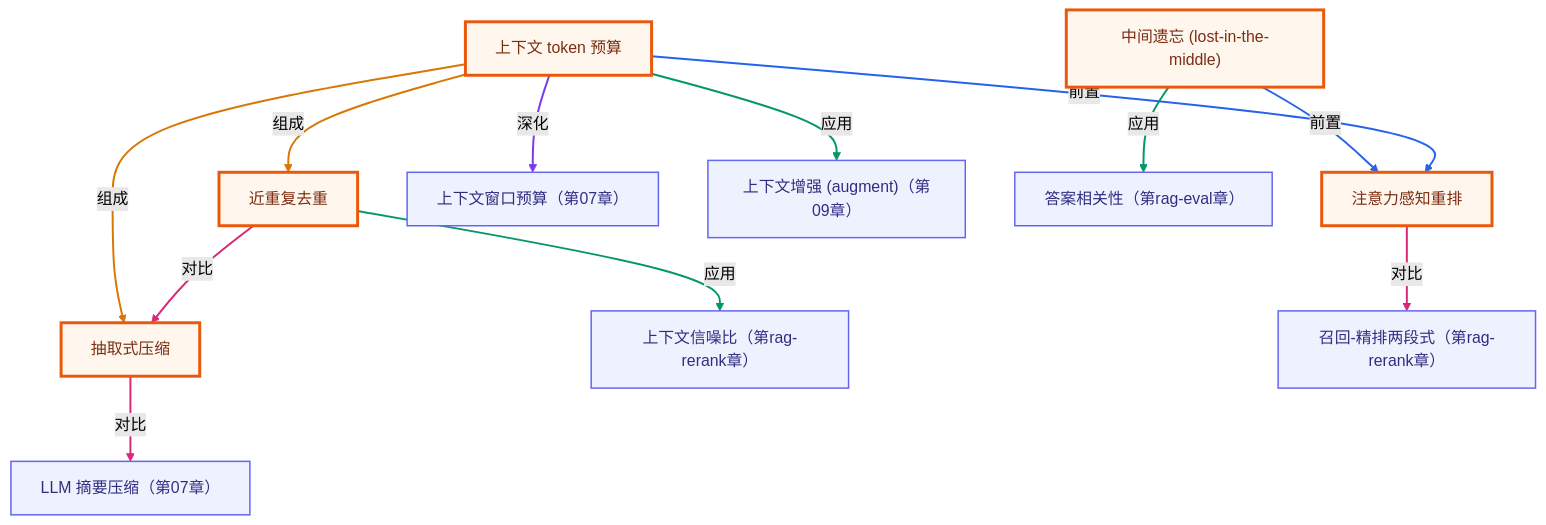
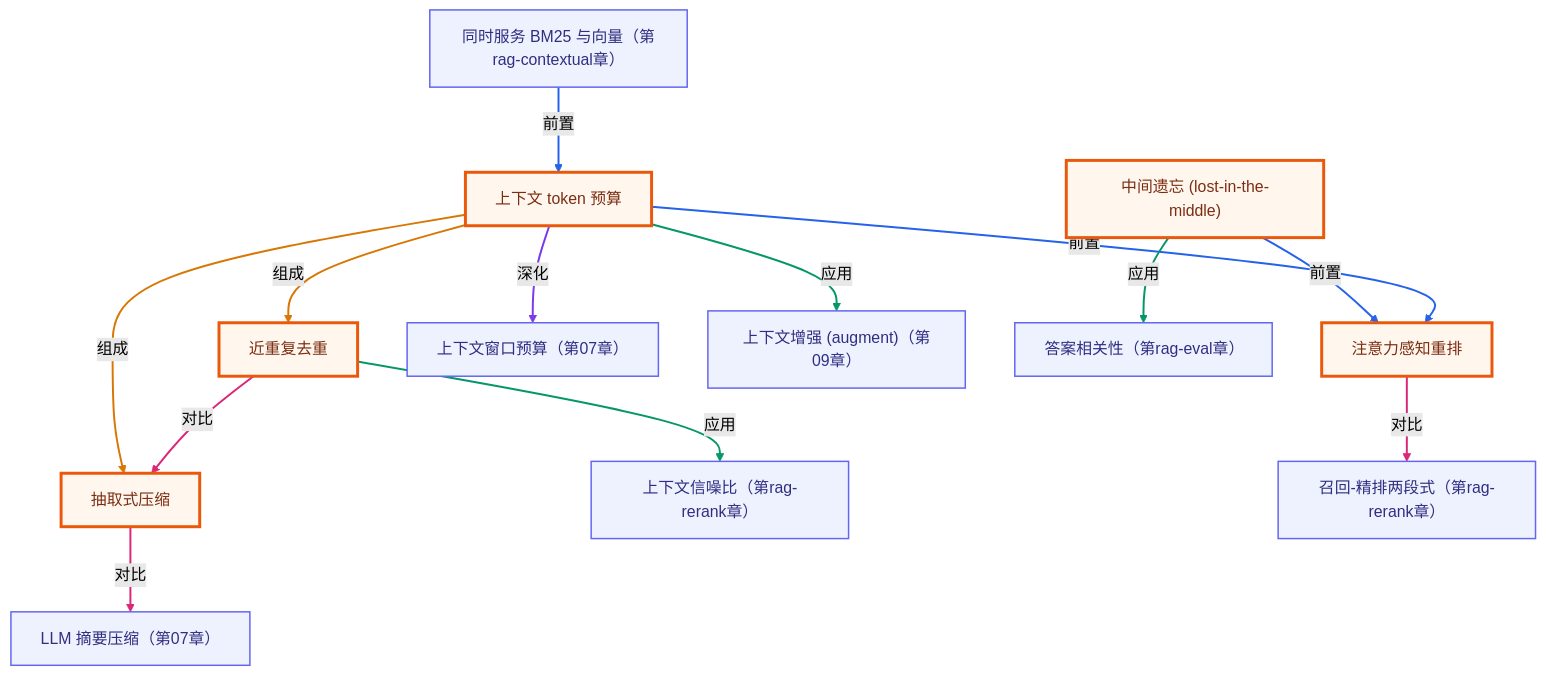
One commit to songuu/agent changed the second of 2 diagrams in rag-advanced/11-context-engineering/README.md. Above: the diagram before and after it, drawn with Mermaid (forest theme). The commit also changed other lines of this file and 58 other files, not shown here.

````diff
--- a/rag-advanced/11-context-engineering/README.md
+++ b/rag-advanced/11-context-engineering/README.md
@@ -172,40 +172,43 @@
 ```mermaid
 graph TB
   classDef own fill:#fff7ed,stroke:#ea580c,stroke-width:3px,color:#7c2d12;
   classDef cross fill:#eef2ff,stroke:#6366f1,stroke-width:1.5px,color:#312e81;
   n_cragctx_context_budget["上下文 token 预算"]
   n_cragctx_dedup["近重复去重"]
   n_cragctx_compression["抽取式压缩"]
   n_cragctx_lost_in_middle["中间遗忘 (lost-in-the-middle)"]
   n_cragctx_reorder["注意力感知重排"]
+  n_cragcontextual_hybrid_friendly["同时服务 BM25 与向量（第rag-contextual章）"]
   n_c07_context_window_budget["上下文窗口预算（第07章）"]
   n_c09_augment_prompt["上下文增强 (augment)（第09章）"]
   n_cragrerank_signal_to_noise["上下文信噪比（第rag-rerank章）"]
   n_cragrerank_recall_precision["召回-精排两段式（第rag-rerank章）"]
   n_c07_llm_summary_compression["LLM 摘要压缩（第07章）"]
   n_crageval_answer_relevance["答案相关性（第rag-eval章）"]
+  n_cragcontextual_hybrid_friendly -->|前置| n_cragctx_context_budget
   n_cragctx_lost_in_middle -->|前置| n_cragctx_reorder
   n_cragctx_context_budget -->|组成| n_cragctx_dedup
   n_cragctx_context_budget -->|组成| n_cragctx_compression
   n_cragctx_dedup -->|对比| n_cragctx_compression
   n_cragctx_context_budget -->|前置| n_cragctx_reorder
   n_cragctx_context_budget -->|深化| n_c07_context_window_budget
   n_cragctx_context_budget -->|应用| n_c09_augment_prompt
   n_cragctx_dedup -->|应用| n_cragrerank_signal_to_noise
   n_cragctx_reorder -->|对比| n_cragrerank_recall_precision
   n_cragctx_compression -->|对比| n_c07_llm_summary_compression
   n_cragctx_lost_in_middle -->|应用| n_crageval_answer_relevance
   class n_cragctx_context_budget,n_cragctx_dedup,n_cragctx_compression,n_cragctx_lost_in_middle,n_cragctx_reorder own;
-  class n_c07_context_window_budget,n_c09_augment_prompt,n_cragrerank_signal_to_noise,n_cragrerank_recall_precision,n_c07_llm_summary_compression,n_crageval_answer_relevance cross;
+  class n_cragcontextual_hybrid_friendly,n_c07_context_window_budget,n_c09_augment_prompt,n_cragrerank_signal_to_noise,n_cragrerank_recall_precision,n_c07_llm_summary_compression,n_crageval_answer_relevance cross;
   linkStyle 0 stroke:#2563eb,stroke-width:2px;
-  linkStyle 1 stroke:#d97706,stroke-width:2px;
+  linkStyle 1 stroke:#2563eb,stroke-width:2px;
   linkStyle 2 stroke:#d97706,stroke-width:2px;
-  linkStyle 3 stroke:#db2777,stroke-width:2px;
-  linkStyle 4 stroke:#2563eb,stroke-width:2px;
-  linkStyle 5 stroke:#7c3aed,stroke-width:2px;
-  linkStyle 6 stroke:#059669,stroke-width:2px;
+  linkStyle 3 stroke:#d97706,stroke-width:2px;
+  linkStyle 4 stroke:#db2777,stroke-width:2px;
+  linkStyle 5 stroke:#2563eb,stroke-width:2px;
+  linkStyle 6 stroke:#7c3aed,stroke-width:2px;
   linkStyle 7 stroke:#059669,stroke-width:2px;
-  linkStyle 8 stroke:#db2777,stroke-width:2px;
+  linkStyle 8 stroke:#059669,stroke-width:2px;
   linkStyle 9 stroke:#db2777,stroke-width:2px;
-  linkStyle 10 stroke:#059669,stroke-width:2px;
+  linkStyle 10 stroke:#db2777,stroke-width:2px;
+  linkStyle 11 stroke:#059669,stroke-width:2px;
 ```
````
